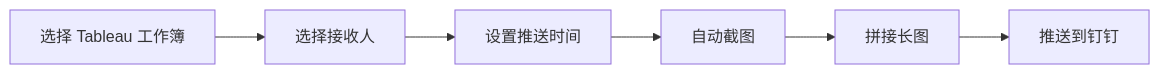
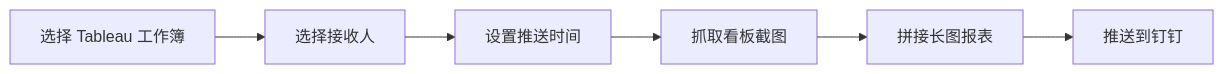
Before and after one commit to imgwho/tableauPushDing: the fourth of 6 diagrams in README.MD, drawn with Mermaid. The commit also changed other lines of this file, not shown here.

````diff
--- a/README.MD
+++ b/README.MD
@@ -329,8 +313,8 @@
 ```mermaid
 flowchart LR
   A["选择 Tableau 工作簿"] --> B["选择接收人"]
   B --> C["设置推送时间"]
-  C --> D["自动截图"]
-  D --> E["拼接长图"]
+  C --> D["抓取看板截图"]
+  D --> E["拼接长图报表"]
   E --> F["推送到钉钉"]
 ```
````
